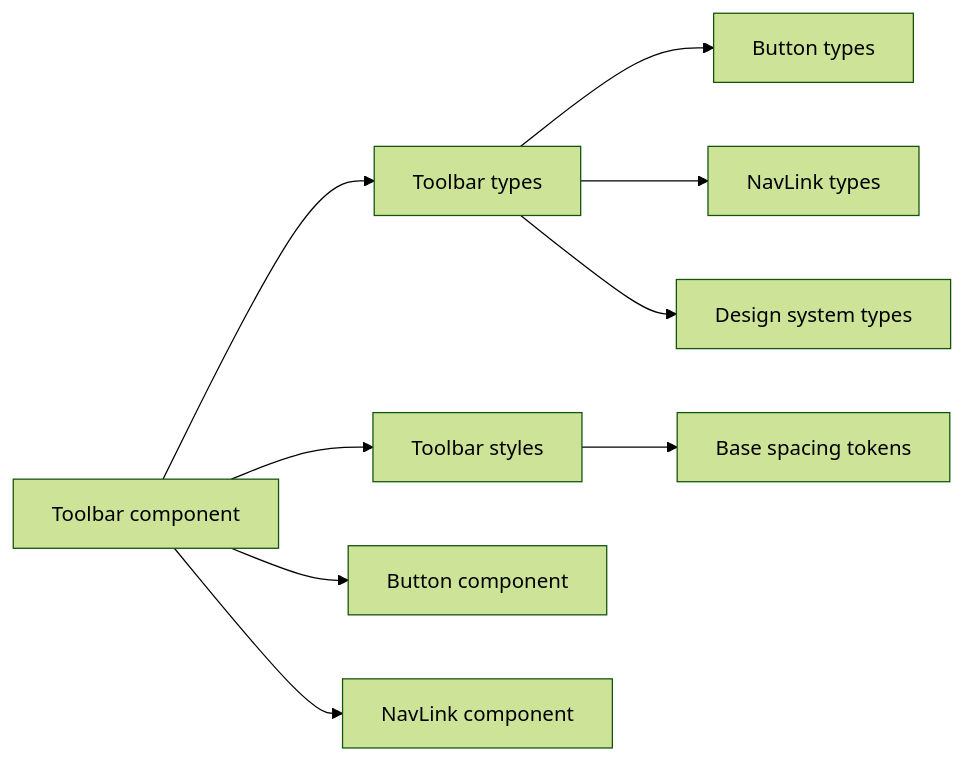
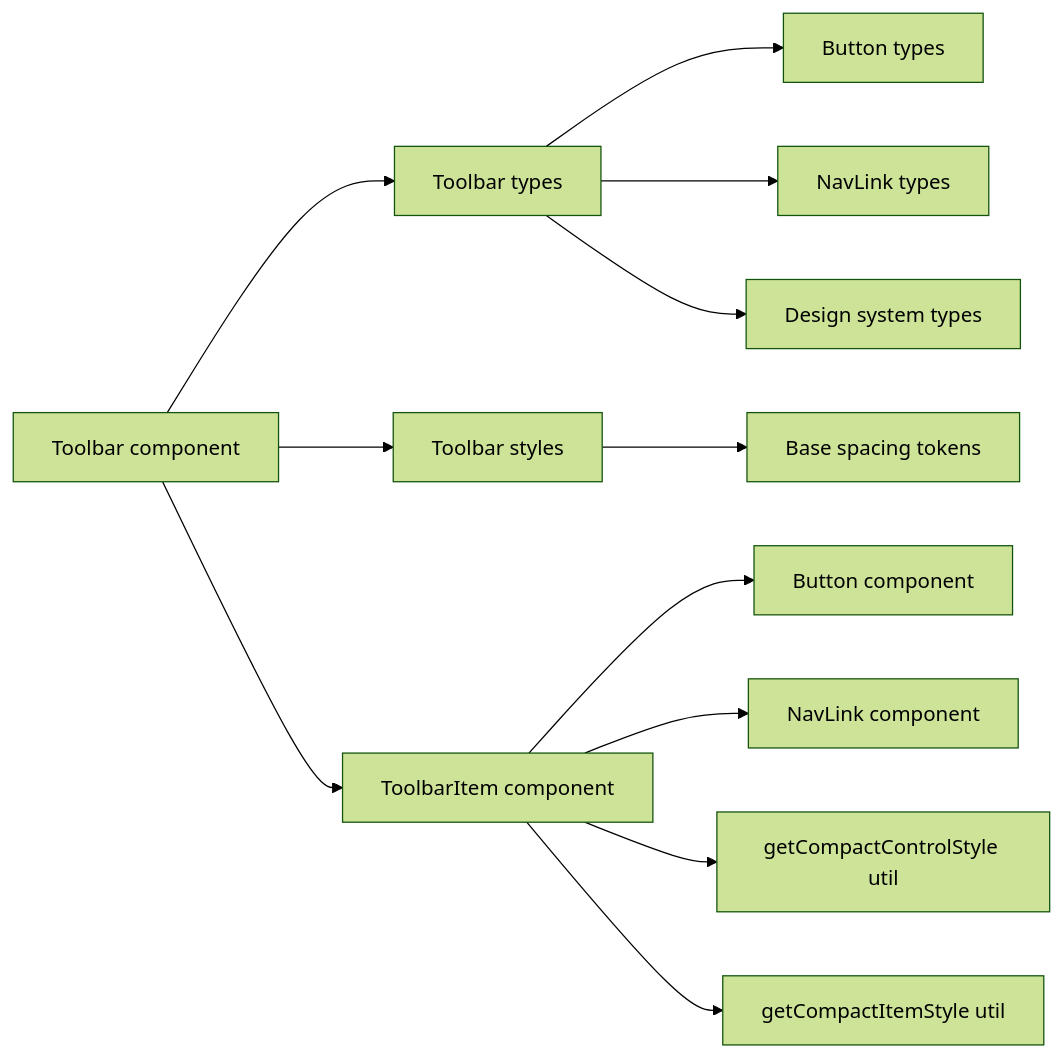
Before and after one commit to luciocabrera/lcabrera-stack: the first of 5 diagrams in packages/ui/src/components/Toolbar/ARCHITECTURE.md, drawn with Mermaid (forest theme). The commit also changed other lines of this file and 9 other files, not shown here.

First line of the commit message:
refactor(ui): extract ToolbarItem delegate + size-style lookup utils (phase 4.3)

````diff
--- a/packages/ui/src/components/Toolbar/ARCHITECTURE.md
+++ b/packages/ui/src/components/Toolbar/ARCHITECTURE.md
@@ -22,13 +31,17 @@
 ```mermaid
 graph LR
   Toolbar[Toolbar component] --> Types[Toolbar types]
   Toolbar --> Styles[Toolbar styles]
-  Toolbar --> Button[Button component]
-  Toolbar --> NavLink[NavLink component]
+  Toolbar --> Item[ToolbarItem component]
+
+  Item --> Button[Button component]
+  Item --> NavLink[NavLink component]
+  Item --> ControlStyle[getCompactControlStyle util]
+  Item --> ItemStyle[getCompactItemStyle util]
 
   Types --> ButtonTypes[Button types]
   Types --> NavLinkTypes[NavLink types]
   Types --> DesignTypes[Design system types]
 
   Styles --> BaseTokens[Base spacing tokens]
 ```
````
